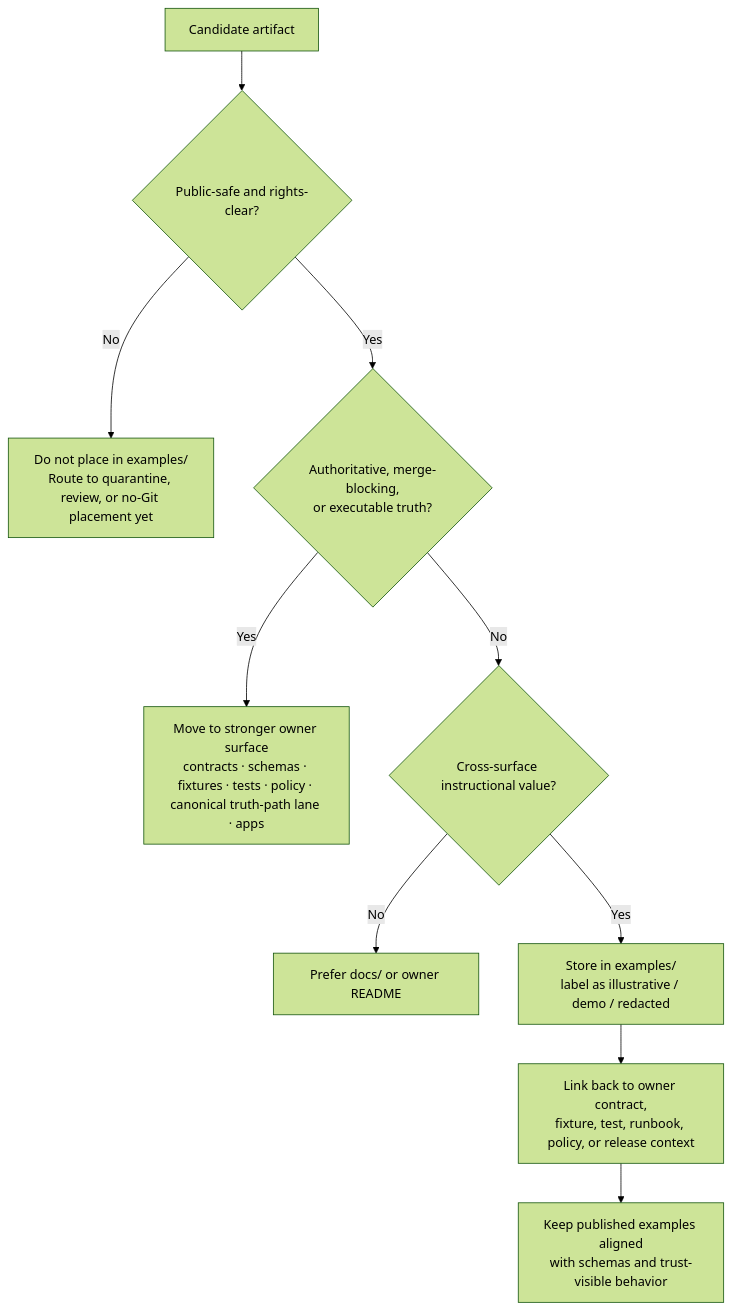
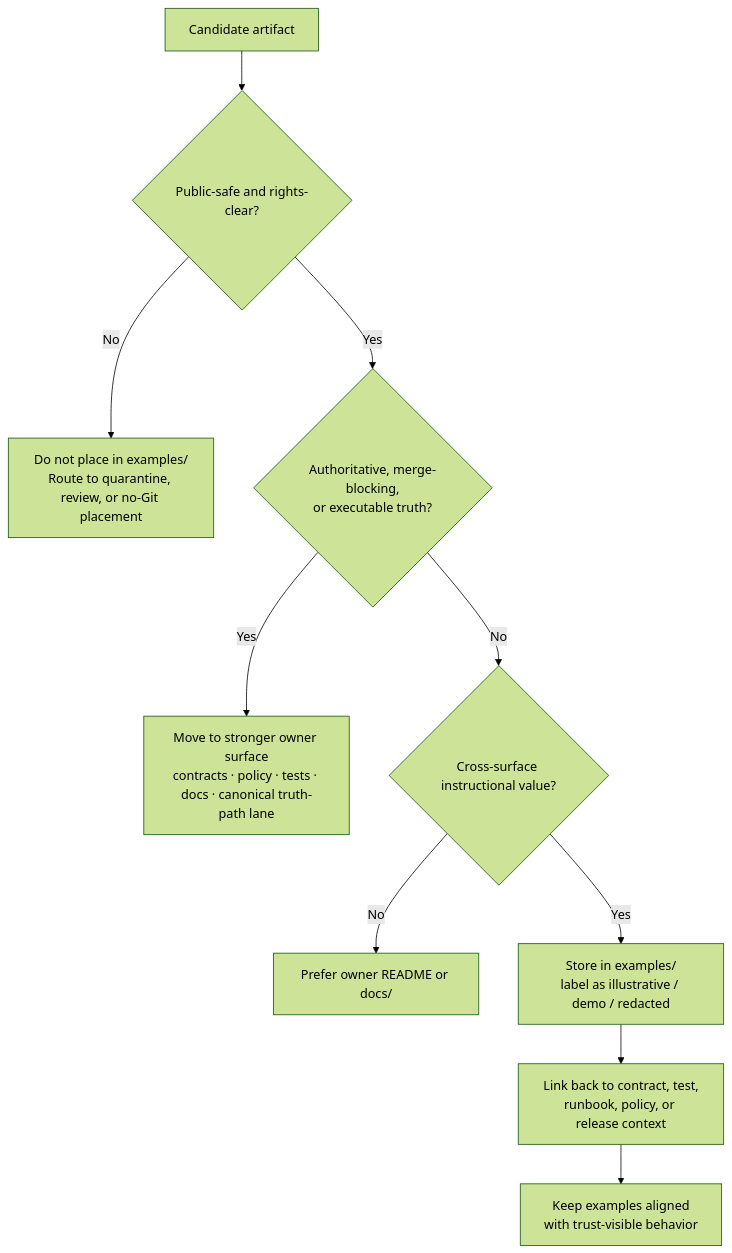
The diagram in examples/README.md (bartytime4life/Kansas-Frontier-Matrix), drawn with Mermaid (forest theme) before and after one commit. The commit also changed other lines of this file, not shown here.

````diff
--- a/examples/README.md
+++ b/examples/README.md
@@ -314,12 +330,12 @@
 ```mermaid
 flowchart TD
     A[Candidate artifact] --> B{Public-safe and rights-clear?}
-    B -- No --> X[Do not place in examples/<br/>Route to quarantine, review, or no-Git placement yet]
+    B -- No --> X[Do not place in examples/<br/>Route to quarantine, review, or no-Git placement]
     B -- Yes --> C{Authoritative, merge-blocking,<br/>or executable truth?}
-    C -- Yes --> D[Move to stronger owner surface<br/>contracts · schemas · fixtures · tests · policy · canonical truth-path lane · apps]
+    C -- Yes --> D[Move to stronger owner surface<br/>contracts · policy · tests · docs · canonical truth-path lane]
     C -- No --> E{Cross-surface instructional value?}
-    E -- No --> F[Prefer docs/ or owner README]
+    E -- No --> F[Prefer owner README or docs/]
     E -- Yes --> G[Store in examples/<br/>label as illustrative / demo / redacted]
-    G --> H[Link back to owner contract,<br/>fixture, test, runbook, policy, or release context]
-    H --> I[Keep published examples aligned<br/>with schemas and trust-visible behavior]
+    G --> H[Link back to contract, test,<br/>runbook, policy, or release context]
+    H --> I[Keep examples aligned<br/>with trust-visible behavior]
 ```
````
